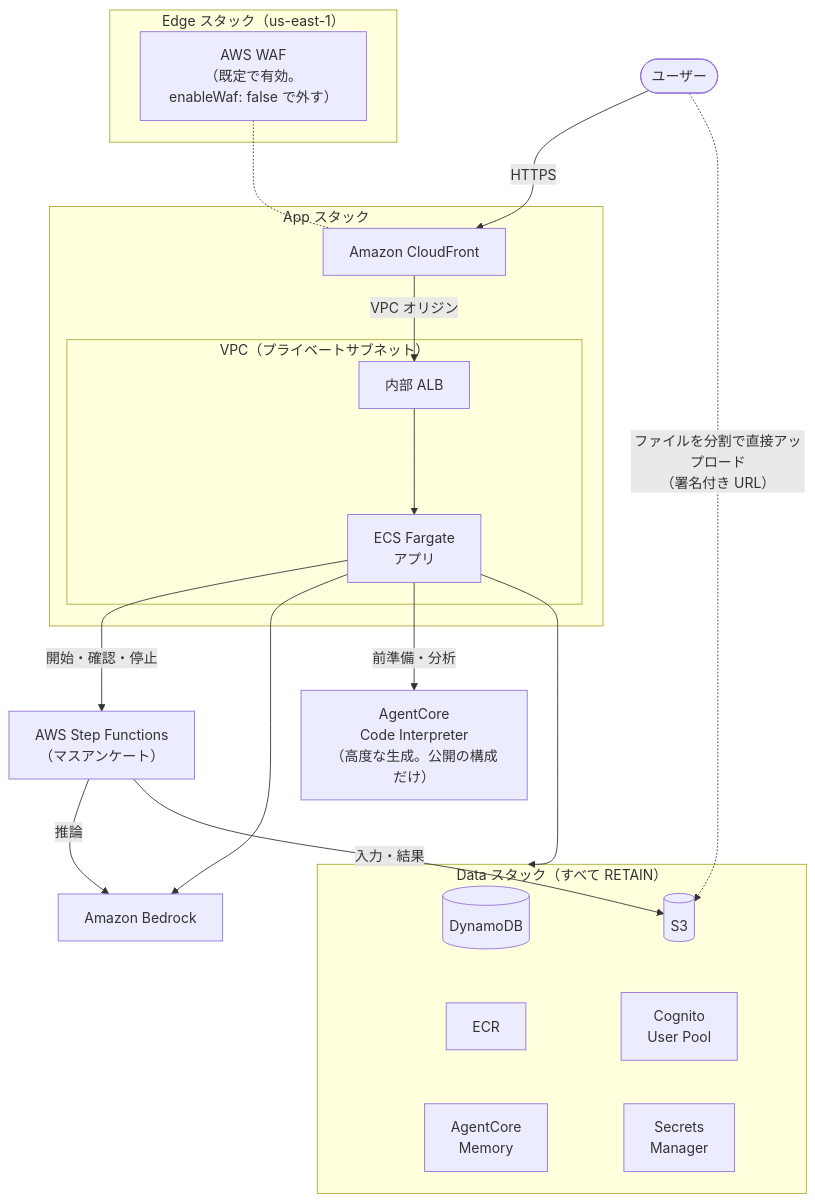
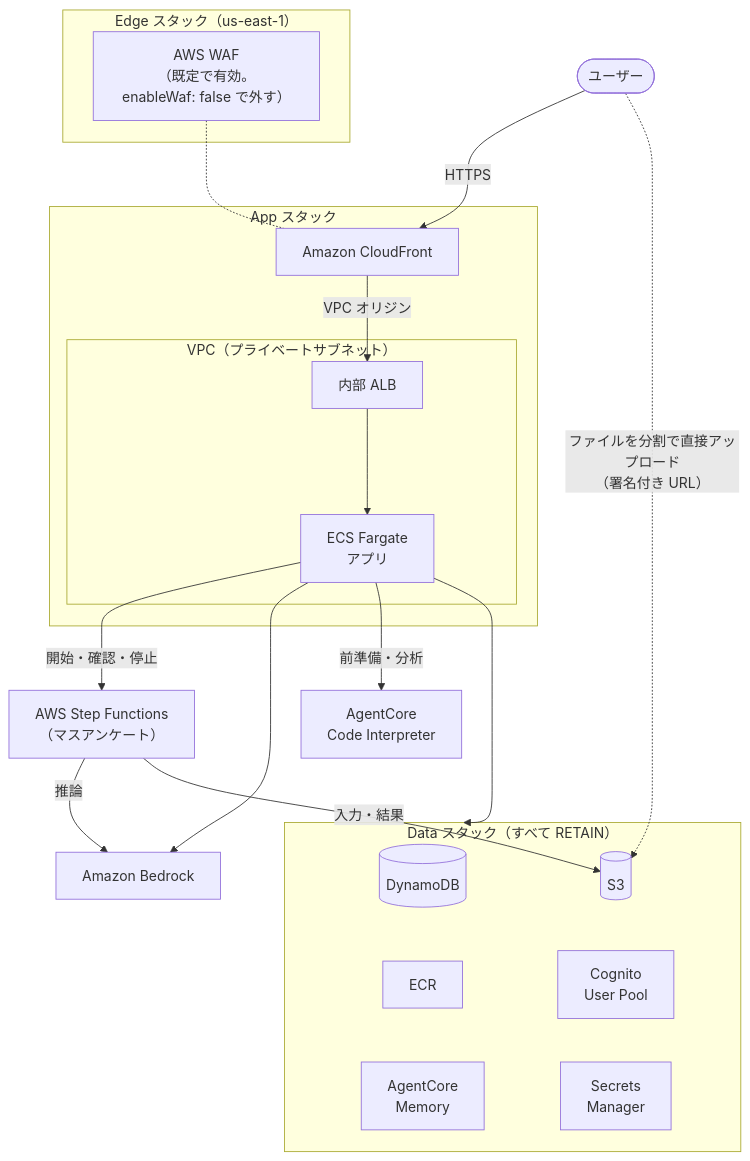
The diagram in cdk/README.md (aws-samples/sample-ai-persona), drawn with Mermaid before and after one commit. The commit also changed other lines of this file, not shown here.

````diff
--- a/cdk/README.md
+++ b/cdk/README.md
@@ -9,35 +9,35 @@
 ```mermaid
 flowchart TB
     User([ユーザー])
 
     subgraph Edge["Edge スタック（us-east-1）"]
         WAF["AWS WAF<br/>（既定で有効。enableWaf: false で外す）"]
     end
 
     subgraph App["App スタック"]
         CloudFront[Amazon CloudFront]
         subgraph VPC["VPC（プライベートサブネット）"]
             ALB[内部 ALB] --> ECS[ECS Fargate<br/>アプリ]
         end
         CloudFront -->|VPC オリジン| ALB
     end
 
     SFN["AWS Step Functions<br/>（マスアンケート）"]
     Bedrock[Amazon Bedrock]
-    CodeInterpreter["AgentCore<br/>Code Interpreter<br/>（高度な生成。公開の構成だけ）"]
+    CodeInterpreter["AgentCore<br/>Code Interpreter<br/>"]
 
     subgraph Data["Data スタック（すべて RETAIN）"]
         DynamoDB[(DynamoDB)] ~~~ ECR[ECR] ~~~ Memory[AgentCore<br/>Memory]
         S3[(S3)] ~~~ Cognito[Cognito<br/>User Pool] ~~~ Secrets[Secrets<br/>Manager]
     end
 
     User -->|HTTPS| CloudFront
     WAF -.- CloudFront
     ECS -->|開始・確認・停止| SFN
     User -.->|"ファイルを分割で直接アップロード<br/>（署名付き URL）"| S3
     ECS --> Bedrock
     ECS -->|前準備・分析| CodeInterpreter
     ECS --> Data
     SFN -->|推論| Bedrock
     SFN -->|入力・結果| S3
 ```
````
